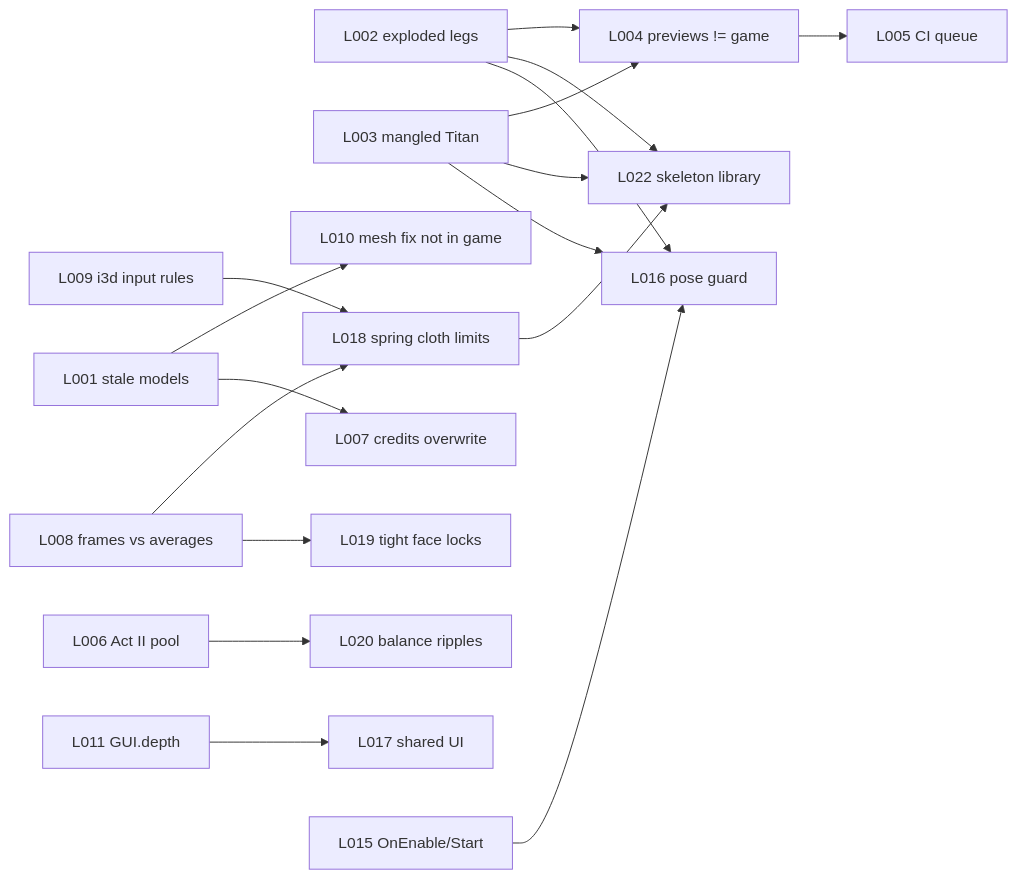
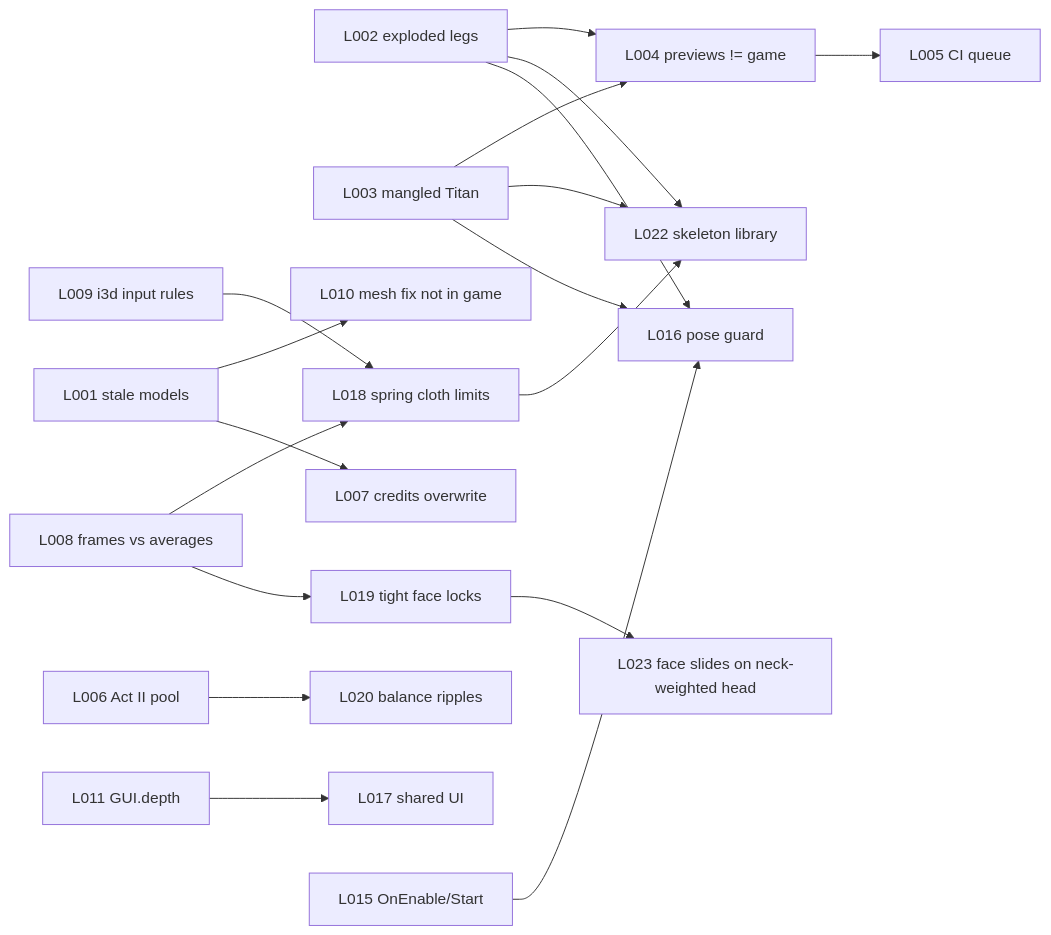
One commit to eqtitan/SigilBound changed the diagram in docs/sigilbound/brain/MAP.md. Above: the diagram before and after it, drawn with Mermaid. The commit also changed other lines of this file and 91 other files, not shown here.

````diff
--- a/docs/sigilbound/brain/MAP.md
+++ b/docs/sigilbound/brain/MAP.md
@@ -28,19 +28,20 @@
 ```mermaid
 graph LR
   L002[L002 exploded legs] --> L016[L016 pose guard]
   L003[L003 mangled Titan] --> L016
   L002 --> L022[L022 skeleton library]
   L003 --> L022
   L018[L018 spring cloth limits] --> L022
   L004[L004 previews != game] --> L005[L005 CI queue]
   L002 --> L004
   L003 --> L004
   L001[L001 stale models] --> L007[L007 credits overwrite]
   L001 --> L010[L010 mesh fix not in game]
   L006[L006 Act II pool] --> L020[L020 balance ripples]
   L008[L008 frames vs averages] --> L019[L019 tight face locks]
   L008 --> L018
+  L019 --> L023[L023 face slides on neck-weighted head]
   L009[L009 i3d input rules] --> L018
   L011[L011 GUI.depth] --> L017[L017 shared UI]
   L015[L015 OnEnable/Start] --> L016
 ```
````
